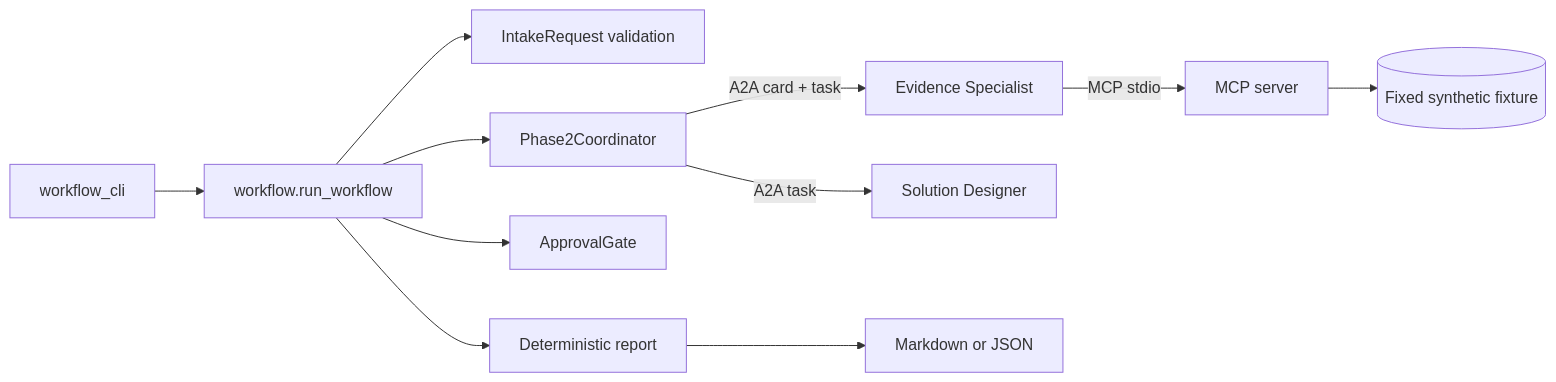
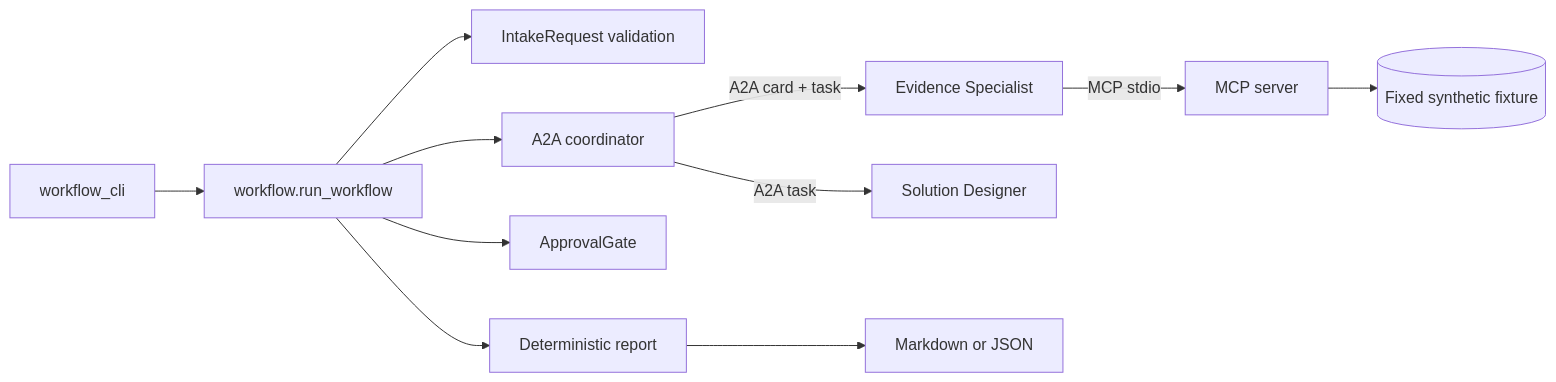
Before and after one commit to emmyagama/transformation-workbench: the diagram in docs/product/architecture.md, drawn with Mermaid. The commit also changed 1 other file, not shown here.

Commit message:
Fix review disposition punctuation and diagram label

````diff
--- a/docs/product/architecture.md
+++ b/docs/product/architecture.md
@@ -23,13 +23,13 @@
 ```mermaid
 flowchart LR
     CLI[workflow_cli] --> WF[workflow.run_workflow]
     WF --> INTAKE[IntakeRequest validation]
-    WF --> COORD[Phase2Coordinator]
+    WF --> COORD[A2A coordinator]
     COORD -->|A2A card + task| EVID[Evidence Specialist]
     EVID -->|MCP stdio| MCP[MCP server]
     MCP --> FIXTURE[(Fixed synthetic fixture)]
     COORD -->|A2A task| SOL[Solution Designer]
     WF --> GATE[ApprovalGate]
     WF --> REPORT[Deterministic report]
     REPORT --> OUT[Markdown or JSON]
 ```
````
